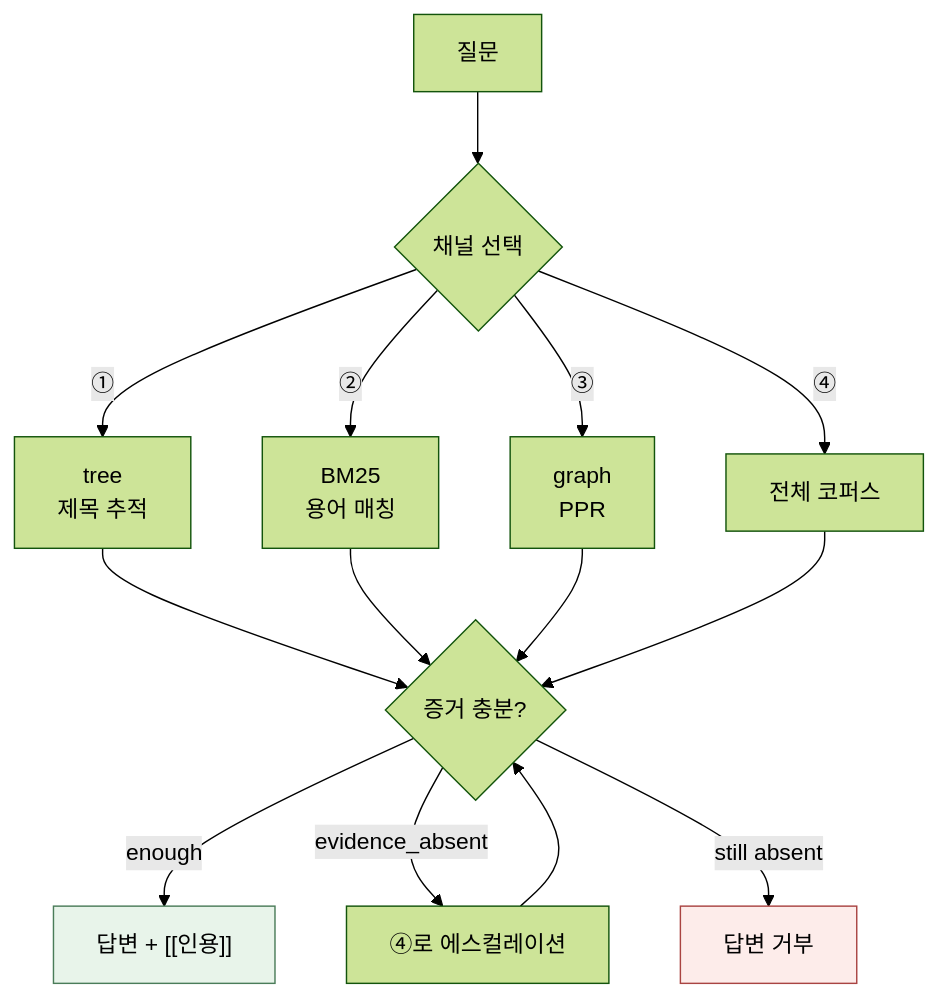
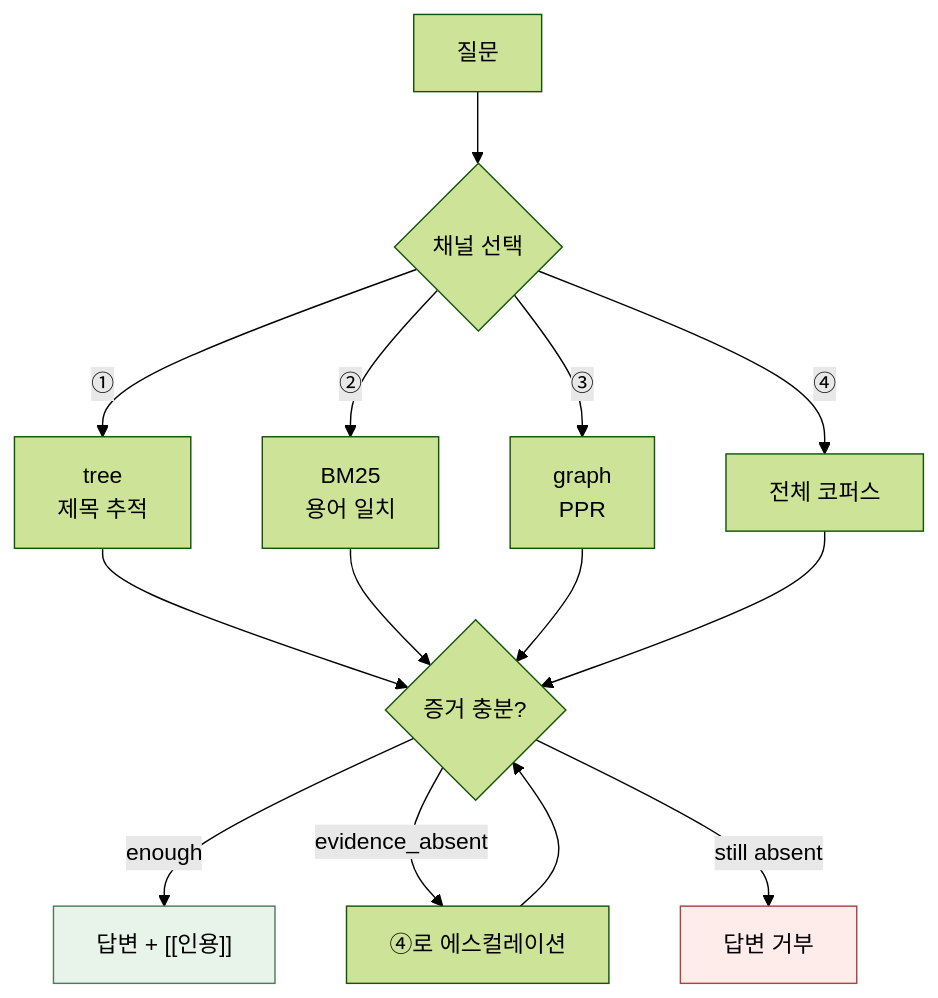
Before and after one commit to DeepTrial/KoiosBase: the second of 3 diagrams in docs/i18n/README.ko.md, drawn with Mermaid (forest theme). The commit also changed other lines of this file and 5 other files, not shown here.

````diff
--- a/docs/i18n/README.ko.md
+++ b/docs/i18n/README.ko.md
@@ -136,18 +137,18 @@
 ```mermaid
 flowchart TD
     Q[질문] --> C{"채널 선택"}
     C -->|①| T["tree<br/>제목 추적"]
-    C -->|②| B25["BM25<br/>용어 매칭"]
+    C -->|②| B25["BM25<br/>용어 일치"]
     C -->|③| G["graph<br/>PPR"]
     C -->|④| F["전체 코퍼스"]
     T --> Gr{"증거 충분?"}
     B25 --> Gr
     G --> Gr
     F --> Gr
     Gr -->|enough| An["답변 + [[인용]]"]
     Gr -->|"evidence_absent"| Esc["④로 에스컬레이션"]
     Esc --> Gr
     Gr -->|still absent| R[답변 거부]
     style An fill:#e8f4ea,stroke:#4a7c59
     style R fill:#fdecea,stroke:#a94442
 ```
````
